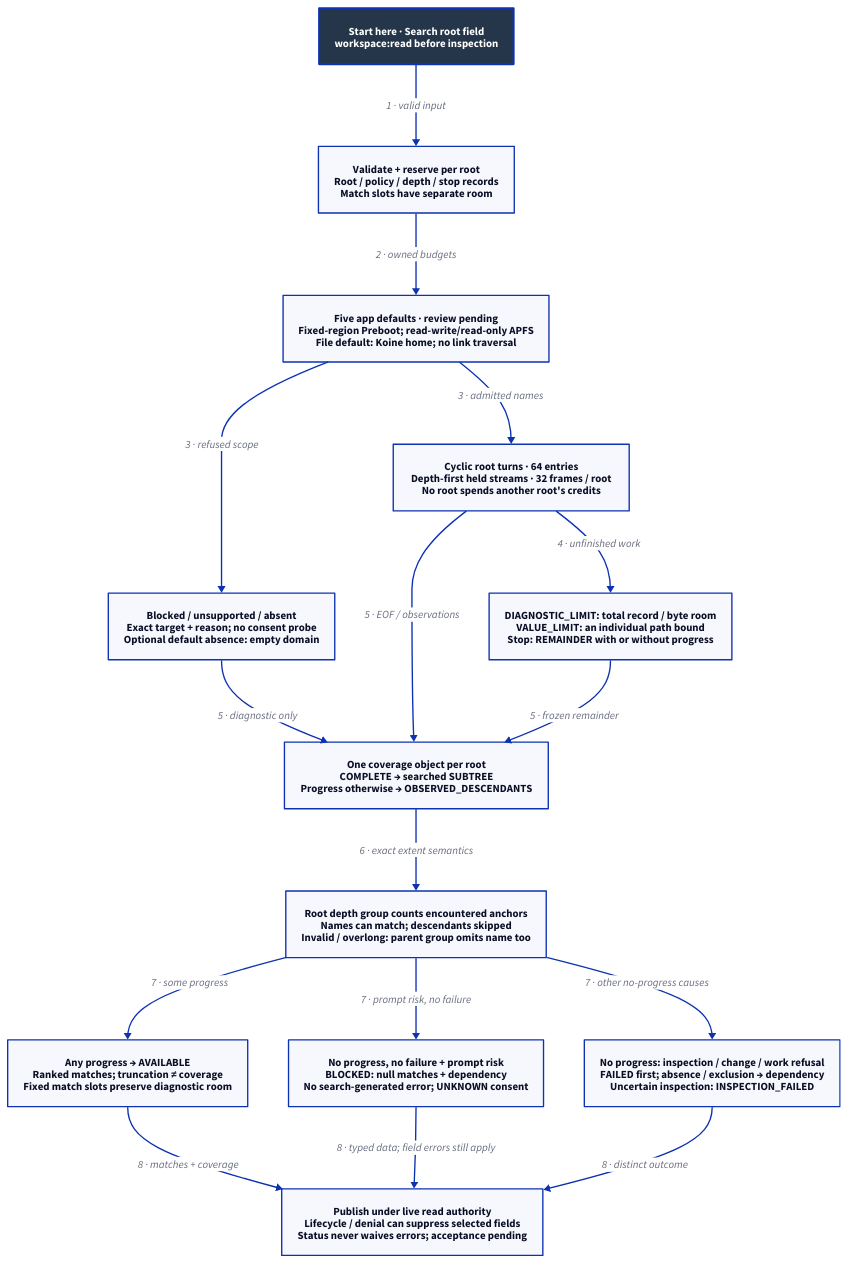
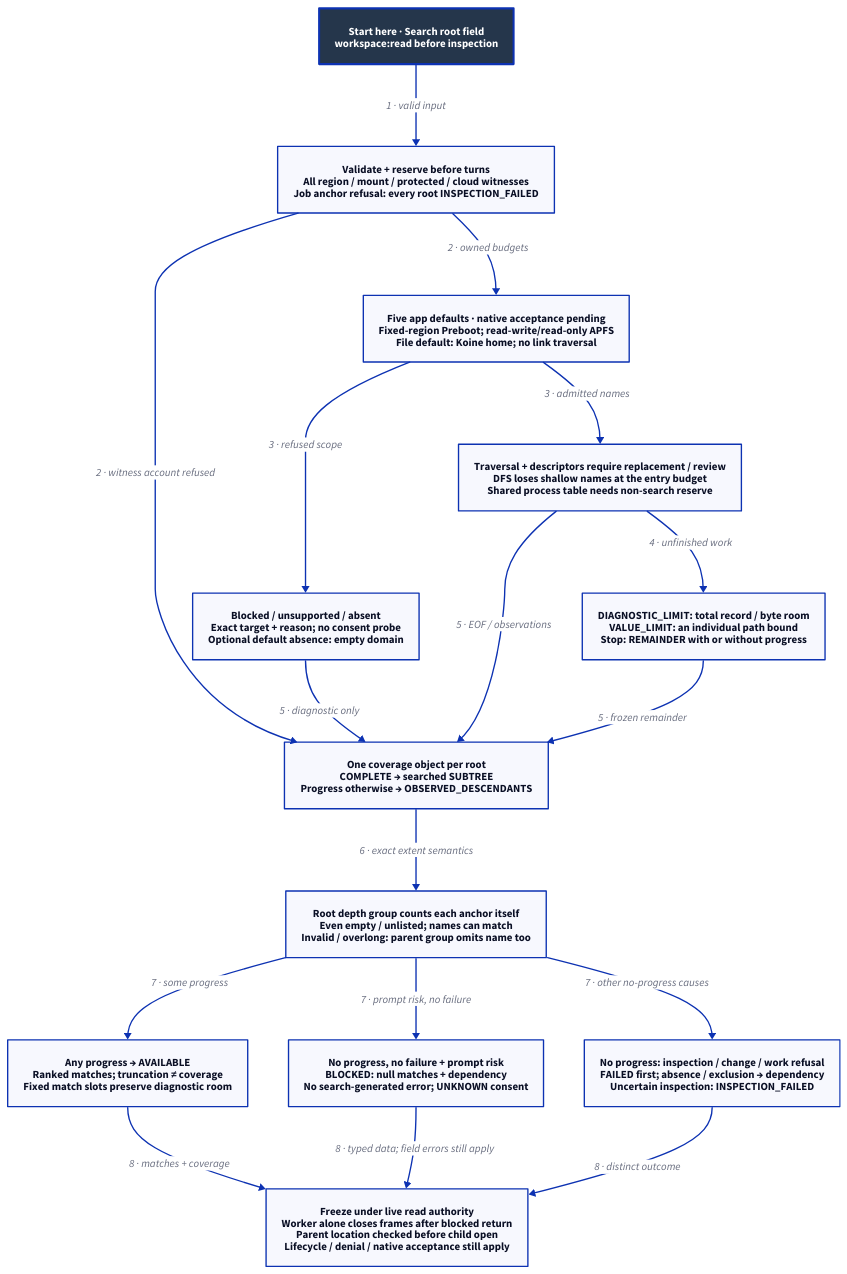
The diagram in docs/design/architecture/search-coverage.d2 (Linkuistics/Koine), drawn with D2 before and after one commit. The commit also changed 20 other files, not shown here.

Commit message:
search-defaults-k104: integrate discovery review repairs and externalize traversal redesign to search-traversal-k105

```diff
--- a/docs/design/architecture/search-coverage.d2
+++ b/docs/design/architecture/search-coverage.d2
@@ -1,32 +1,33 @@
 # Designed flow; arrows show order/guards, not checked temporal guarantees.
 direction: down
 classes: {
   start: {style: {fill: "#25364B"; font-color: "#FFFFFF"; bold: true; stroke-width: 3}}
 }
 Start: "Start here · Search root field\nworkspace:read before inspection" {class: start}
-Reserve: "Validate + reserve per root\nRoot / policy / depth / stop records\nMatch slots have separate room"
-Admission: "Five app defaults · review pending\nFixed-region Preboot; read-write/read-only APFS\nFile default: Koine home; no link traversal"
+Reserve: "Validate + reserve before turns\nAll region / mount / protected / cloud witnesses\nJob anchor refusal: every root INSPECTION_FAILED"
+Admission: "Five app defaults · native acceptance pending\nFixed-region Preboot; read-write/read-only APFS\nFile default: Koine home; no link traversal"
 Skip: "Blocked / unsupported / absent\nExact target + reason; no consent probe\nOptional default absence: empty domain"
-Scan: "Cyclic root turns · 64 entries\nDepth-first held streams · 32 frames / root\nNo root spends another root's credits"
+Scan: "Traversal + descriptors require replacement / review\nDFS loses shallow names at the entry budget\nShared process table needs non-search reserve"
 Bounds: "DIAGNOSTIC_LIMIT: total record / byte room\nVALUE_LIMIT: an individual path bound\nStop: REMAINDER with or without progress"
 Coverage: "One coverage object per root\nCOMPLETE → searched SUBTREE\nProgress otherwise → OBSERVED_DESCENDANTS"
-Groups: "Root depth group counts encountered anchors\nNames can match; descendants skipped\nInvalid / overlong: parent group omits name too"
+Groups: "Root depth group counts each anchor itself\nEven empty / unlisted; names can match\nInvalid / overlong: parent group omits name too"
 Available: "Any progress → AVAILABLE\nRanked matches; truncation ≠ coverage\nFixed match slots preserve diagnostic room"
 Blocked: "No progress, no failure + prompt risk\nBLOCKED: null matches + dependency\nNo search-generated error; UNKNOWN consent"
 Other: "No progress: inspection / change / work refusal\nFAILED first; absence / exclusion → dependency\nUncertain inspection: INSPECTION_FAILED"
-Publish: "Publish under live read authority\nLifecycle / denial can suppress selected fields\nStatus never waives errors; acceptance pending"
+Publish: "Freeze under live read authority\nWorker alone closes frames after blocked return\nParent location checked before child open\nLifecycle / denial / native acceptance still apply"
 Start -> Reserve: "1 · valid input"
 Reserve -> Admission: "2 · owned budgets"
+Reserve -> Coverage: "2 · witness account refused"
 Admission -> Skip: "3 · refused scope"
 Admission -> Scan: "3 · admitted names"
 Scan -> Bounds: "4 · unfinished work"
 Skip -> Coverage: "5 · diagnostic only"
 Scan -> Coverage: "5 · EOF / observations"
 Bounds -> Coverage: "5 · frozen remainder"
 Coverage -> Groups: "6 · exact extent semantics"
 Groups -> Available: "7 · some progress"
 Groups -> Blocked: "7 · prompt risk, no failure"
 Groups -> Other: "7 · other no-progress causes"
 Available -> Publish: "8 · matches + coverage"
 Blocked -> Publish: "8 · typed data; field errors still apply"
 Other -> Publish: "8 · distinct outcome"
```
